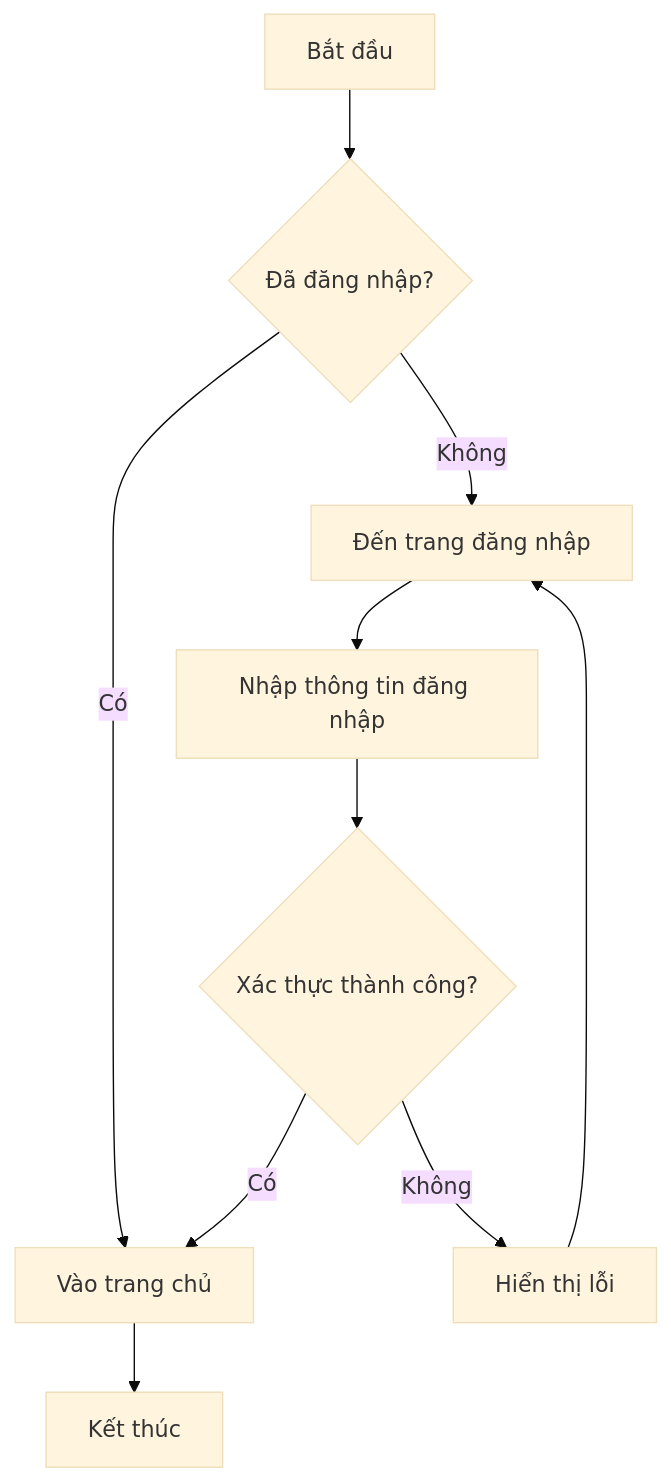
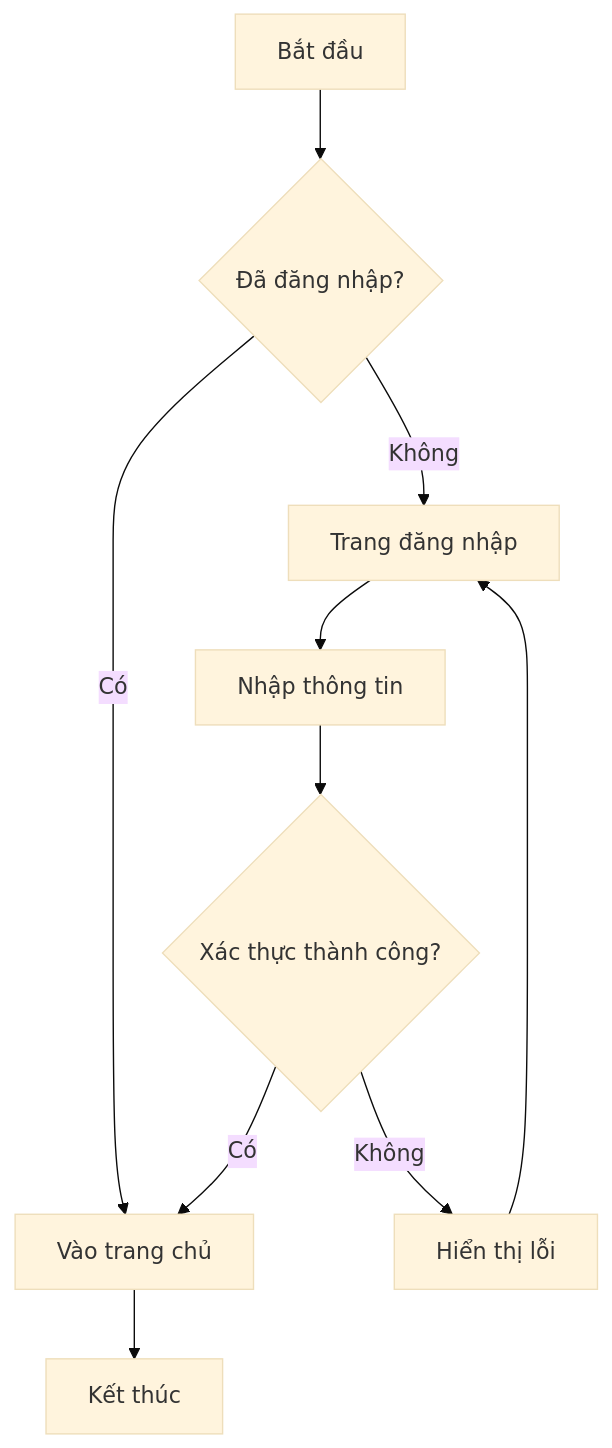
The first of 6 diagrams in locales/sample-vi.md (sspig0127/md-studio), drawn with Mermaid (base theme) before and after one commit. The commit also changed other lines of this file and 3 other files, not shown here.

````diff
--- a/locales/sample-vi.md
+++ b/locales/sample-vi.md
@@ -100,12 +330,12 @@
 ```mermaid
 graph TD
     A[Bắt đầu] --> B{Đã đăng nhập?}
     B -->|Có| C[Vào trang chủ]
-    B -->|Không| D[Đến trang đăng nhập]
-    D --> E[Nhập thông tin đăng nhập]
+    B -->|Không| D[Trang đăng nhập]
+    D --> E[Nhập thông tin]
     E --> F{Xác thực thành công?}
     F -->|Có| C
     F -->|Không| G[Hiển thị lỗi]
     G --> D
     C --> H[Kết thúc]
 ```
````
